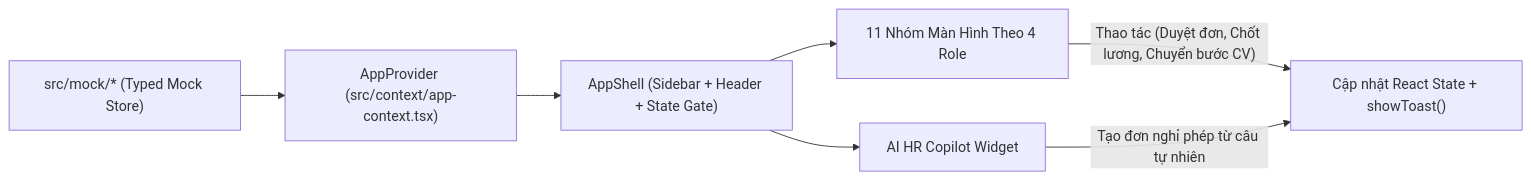
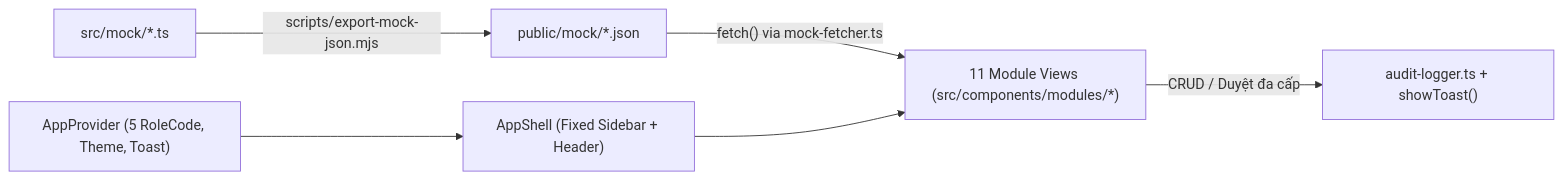
The diagram in ARCHITECTURE.md (vinhce/Quan-tri-hanh-chinh-nhan-su), drawn with Mermaid before and after one commit. The commit also changed other lines of this file and 7 other files, not shown here.

````diff
--- a/ARCHITECTURE.md
+++ b/ARCHITECTURE.md
@@ -55,9 +54,8 @@
 ```mermaid
 flowchart LR
-    MockData["src/mock/* (Typed Mock Store)"] --> AppContext["AppProvider (src/context/app-context.tsx)"]
-    AppContext --> AppShell["AppShell (Sidebar + Header + State Gate)"]
-    AppShell --> RoleViews["11 Nhóm Màn Hình Theo 4 Role"]
-    AppShell --> Copilot["AI HR Copilot Widget"]
-    RoleViews -- "Thao tác (Duyệt đơn, Chốt lương, Chuyển bước CV)" --> LocalState["Cập nhật React State + showToast()"]
-    Copilot -- "Tạo đơn nghỉ phép từ câu tự nhiên" --> LocalState
+    MockTS["src/mock/*.ts"] -- "scripts/export-mock-json.mjs" --> MockJSON["public/mock/*.json"]
+    MockJSON -- "fetch() via mock-fetcher.ts" --> AppViews["11 Module Views (src/components/modules/*)"]
+    AppContext["AppProvider (5 RoleCode, Theme, Toast)"] --> AppShell["AppShell (Fixed Sidebar + Header)"]
+    AppShell --> AppViews
+    AppViews -- "CRUD / Duyệt đa cấp" --> AuditLogger["audit-logger.ts + showToast()"]
 ```
````
